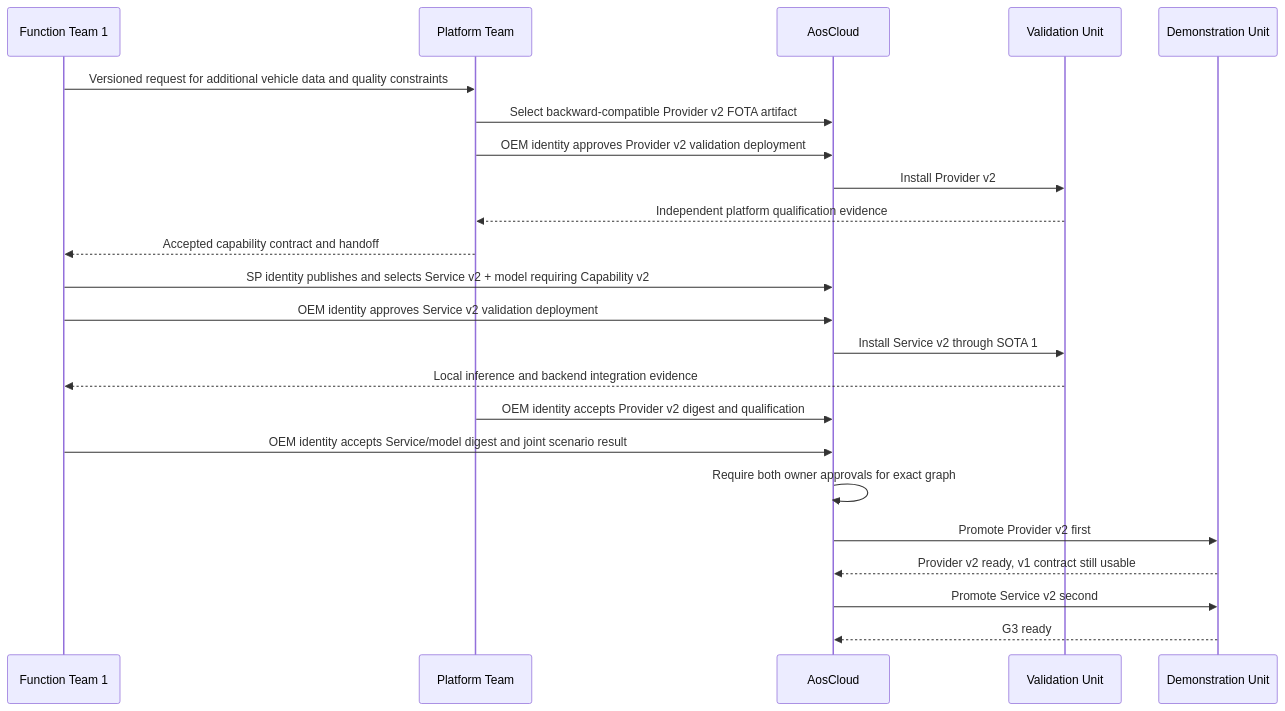
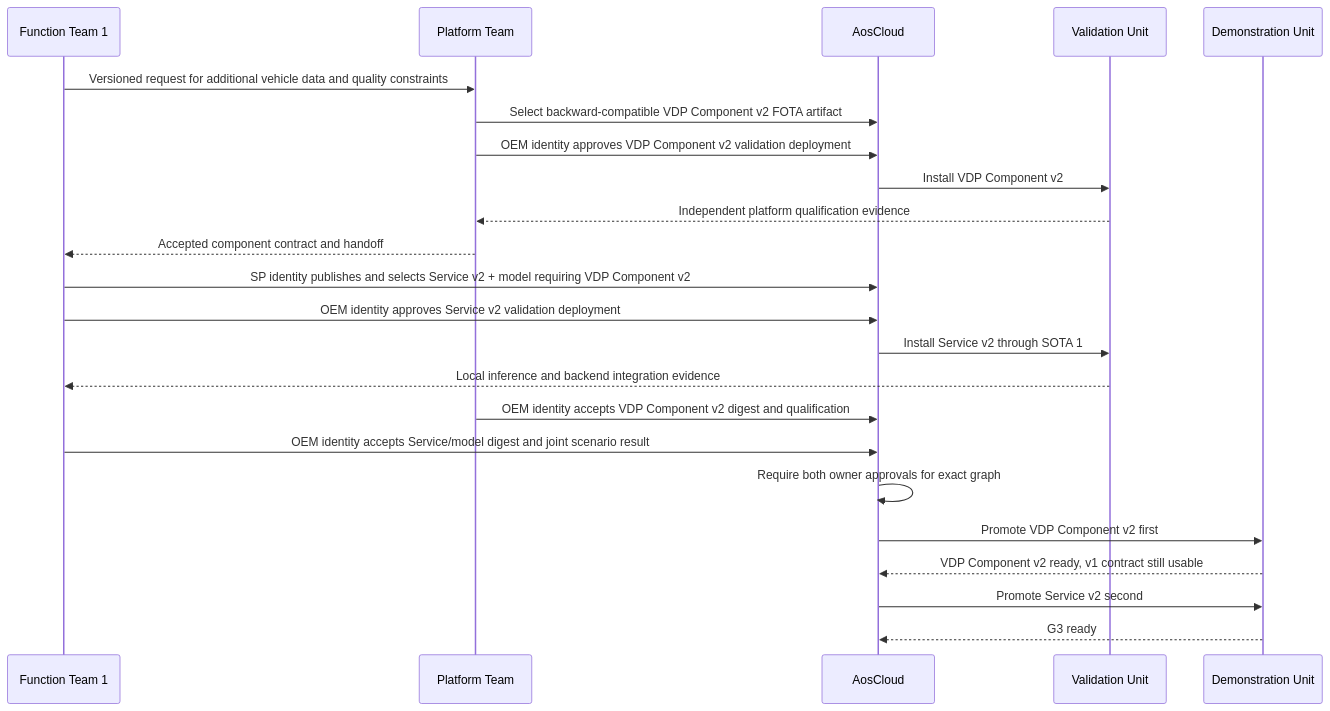
Before and after one commit to alexmaninblack/aosedge-sdv-demo: diagram 11 of 18 in docs/architecture/demo-scenario-architecture-flows.md, drawn with Mermaid. The commit also changed other lines of this file and 32 other files, not shown here.

````diff
--- a/docs/architecture/demo-scenario-architecture-flows.md
+++ b/docs/architecture/demo-scenario-architecture-flows.md
@@ -572,26 +619,26 @@
 ```mermaid
 sequenceDiagram
     participant FT1 as Function Team 1
     participant PT as Platform Team
     participant AC as AosCloud
     participant VU as Validation Unit
     participant DU as Demonstration Unit
 
     FT1->>PT: Versioned request for additional vehicle data and quality constraints
-    PT->>AC: Select backward-compatible Provider v2 FOTA artifact
-    PT->>AC: OEM identity approves Provider v2 validation deployment
-    AC->>VU: Install Provider v2
+    PT->>AC: Select backward-compatible VDP Component v2 FOTA artifact
+    PT->>AC: OEM identity approves VDP Component v2 validation deployment
+    AC->>VU: Install VDP Component v2
     VU-->>PT: Independent platform qualification evidence
-    PT-->>FT1: Accepted capability contract and handoff
-    FT1->>AC: SP identity publishes and selects Service v2 + model requiring Capability v2
+    PT-->>FT1: Accepted component contract and handoff
+    FT1->>AC: SP identity publishes and selects Service v2 + model requiring VDP Component v2
     FT1->>AC: OEM identity approves Service v2 validation deployment
     AC->>VU: Install Service v2 through SOTA 1
     VU-->>FT1: Local inference and backend integration evidence
-    PT->>AC: OEM identity accepts Provider v2 digest and qualification
+    PT->>AC: OEM identity accepts VDP Component v2 digest and qualification
     FT1->>AC: OEM identity accepts Service/model digest and joint scenario result
     AC->>AC: Require both owner approvals for exact graph
-    AC->>DU: Promote Provider v2 first
-    DU-->>AC: Provider v2 ready, v1 contract still usable
+    AC->>DU: Promote VDP Component v2 first
+    DU-->>AC: VDP Component v2 ready, v1 contract still usable
     AC->>DU: Promote Service v2 second
     DU-->>AC: G3 ready
 ```
````
